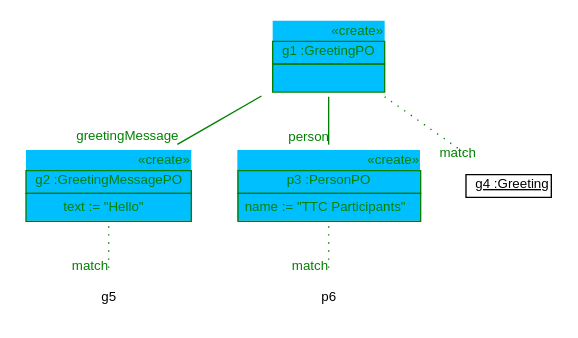
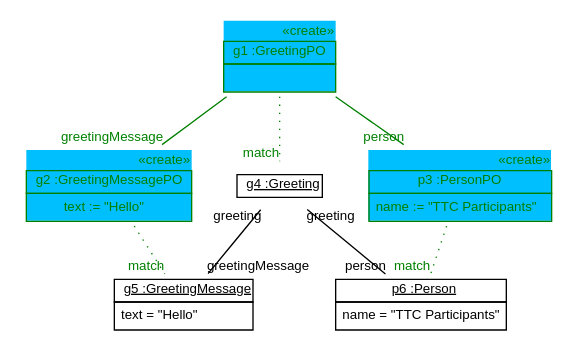
The diagram in doc/TTC2011HelloWorldConstantTransformation2WithReferencesPatternDiagram9.dot (fujaba/SDMLib), drawn with Graphviz before and after one commit. The commit also changed 13 other files, not shown here.

```diff
--- a/doc/TTC2011HelloWorldConstantTransformation2WithReferencesPatternDiagram9.dot
+++ b/doc/TTC2011HelloWorldConstantTransformation2WithReferencesPatternDiagram9.dot
@@ -1,15 +1,19 @@
 graph ObjectDiagram {
    node [shape = none, fontsize = 10, fontname = "Arial"];
    edge [fontsize = 10, fontname = "Arial"];
 
 g1 [label=<<table border='0' cellborder='1' cellspacing='0' color='green' bgcolor='deepskyblue'> <tr> <td border='0' align='right'><font color='green'>&#171;create&#187;</font></td></tr> <tr> <td align='center'> <font color='green'> g1 :GreetingPO </font></td></tr> <tr> <td align='left'> <table border='0' cellborder='0' cellspacing='0' color='green'> <tr> <td>  </td></tr></table></td></tr></table>>];
 g2 [label=<<table border='0' cellborder='1' cellspacing='0' color='green' bgcolor='deepskyblue'> <tr> <td border='0' align='right'><font color='green'>&#171;create&#187;</font></td></tr> <tr> <td align='center'> <font color='green'> g2 :GreetingMessagePO </font></td></tr> <tr> <td align='left'> <table border='0' cellborder='0' cellspacing='0' color='green'> <tr><td><font color='green'> text := "Hello" </font></td></tr></table></td></tr></table>>];
 p3 [label=<<table border='0' cellborder='1' cellspacing='0' color='green' bgcolor='deepskyblue'> <tr> <td border='0' align='right'><font color='green'>&#171;create&#187;</font></td></tr> <tr> <td align='center'> <font color='green'> p3 :PersonPO </font></td></tr> <tr> <td align='left'> <table border='0' cellborder='0' cellspacing='0' color='green'> <tr><td><font color='green'> name := "TTC Participants" </font></td></tr></table></td></tr></table>>];
 g4 [label=<<table border='0' cellborder='1' cellspacing='0'> <tr> <td href="../../SDMLib/src/org/sdmlib/examples/helloworld/Greeting.java"> <u>g4 :Greeting</u></td></tr></table>>];
+g5 [label=<<table border='0' cellborder='1' cellspacing='0'> <tr> <td href="../../SDMLib/src/org/sdmlib/examples/helloworld/GreetingMessage.java"> <u>g5 :GreetingMessage</u></td></tr><tr><td><table border='0' cellborder='0' cellspacing='0'><tr><td align='left'>text = "Hello"</td></tr></table></td></tr></table>>];
+p6 [label=<<table border='0' cellborder='1' cellspacing='0'> <tr> <td href="../../SDMLib/src/org/sdmlib/examples/helloworld/Person.java"> <u>p6 :Person</u></td></tr><tr><td><table border='0' cellborder='0' cellspacing='0'><tr><td align='left'>name = "TTC Participants"</td></tr></table></td></tr></table>>];
 
 g1 -- g4 [headlabel = "match" style="dotted" color="green" fontcolor="green"];
 g2 -- g5 [headlabel = "match" style="dotted" color="green" fontcolor="green"];
 p3 -- p6 [headlabel = "match" style="dotted" color="green" fontcolor="green"];
 g1 -- g2 [headlabel = "greetingMessage" taillabel = "" color="green" fontcolor="green"];
 g1 -- p3 [headlabel = "person" taillabel = "" color="green" fontcolor="green"];
+g4 -- g5 [headlabel = "greetingMessage" taillabel = "greeting"];
+g4 -- p6 [headlabel = "person" taillabel = "greeting"];
 }
```
